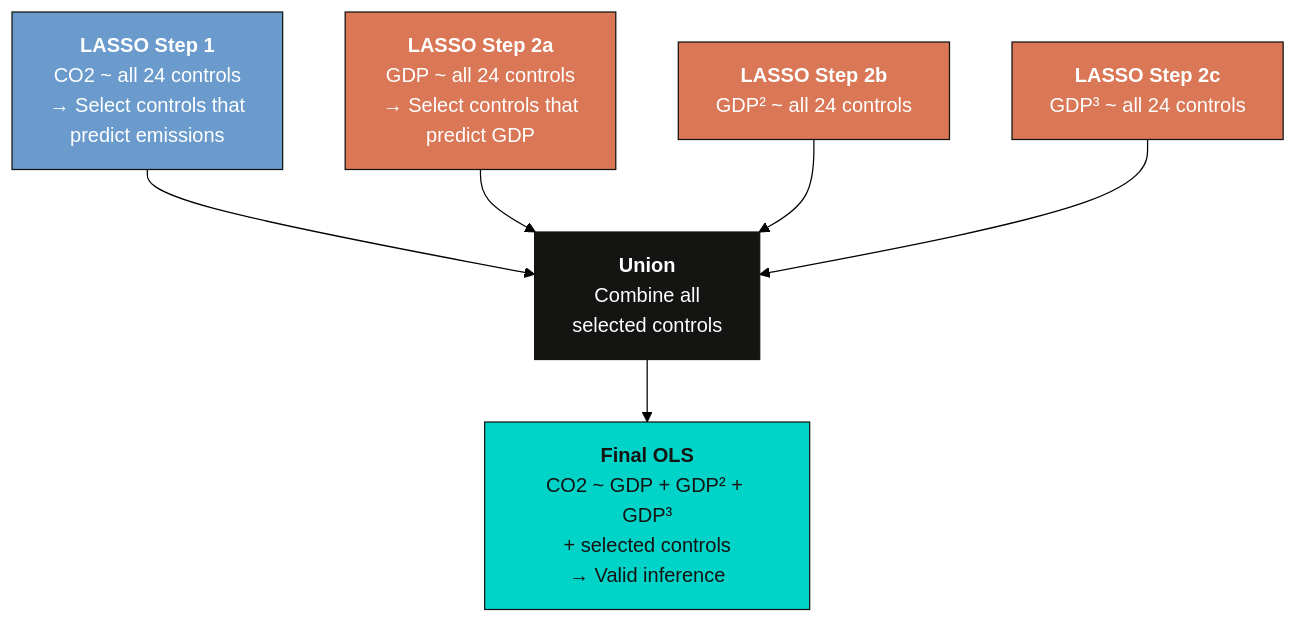
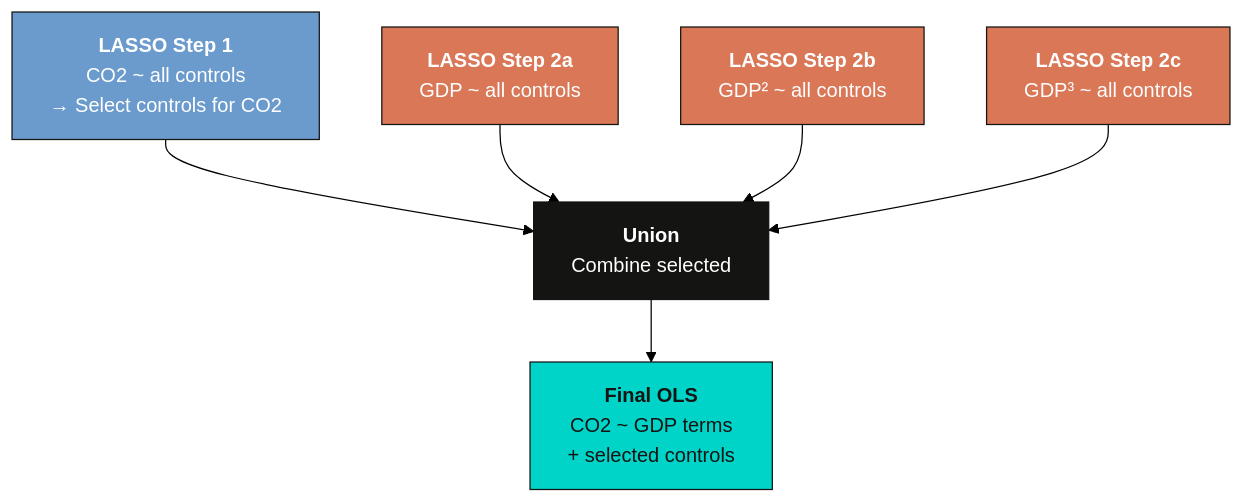
Before and after one commit to cmg777/starter-academic-v501: the fourth of 4 diagrams in content/post/stata_bma_dsl/index.md, drawn with Mermaid (forest theme). The commit also changed other lines of this file and 14 other files, not shown here.

````diff
--- a/content/post/stata_bma_dsl/index.md
+++ b/content/post/stata_bma_dsl/index.md
@@ -498,22 +418,22 @@
 ```mermaid
 graph TD
-    Step1["<b>LASSO Step 1</b><br/>CO2 ~ all 24 controls<br/>→ Select controls that<br/>predict emissions"]
-    Step2a["<b>LASSO Step 2a</b><br/>GDP ~ all 24 controls<br/>→ Select controls that<br/>predict GDP"]
-    Step2b["<b>LASSO Step 2b</b><br/>GDP² ~ all 24 controls"]
-    Step2c["<b>LASSO Step 2c</b><br/>GDP³ ~ all 24 controls"]
-    Union["<b>Union</b><br/>Combine all<br/>selected controls"]
-    OLS["<b>Final OLS</b><br/>CO2 ~ GDP + GDP² + GDP³<br/>+ selected controls<br/>→ Valid inference"]
+    Step1["<b>LASSO Step 1</b><br/>CO2 ~ all controls<br/>→ Select controls for CO2"]
+    Step2a["<b>LASSO Step 2a</b><br/>GDP ~ all controls"]
+    Step2b["<b>LASSO Step 2b</b><br/>GDP² ~ all controls"]
+    Step2c["<b>LASSO Step 2c</b><br/>GDP³ ~ all controls"]
+    Union["<b>Union</b><br/>Combine selected"]
+    OLS["<b>Final OLS</b><br/>CO2 ~ GDP terms<br/>+ selected controls"]
 
     Step1 --> Union
     Step2a --> Union
     Step2b --> Union
     Step2c --> Union
     Union --> OLS
 
     style Step1 fill:#6a9bcc,stroke:#141413,color:#fff
     style Step2a fill:#d97757,stroke:#141413,color:#fff
     style Step2b fill:#d97757,stroke:#141413,color:#fff
     style Step2c fill:#d97757,stroke:#141413,color:#fff
     style Union fill:#141413,stroke:#141413,color:#fff
     style OLS fill:#00d4c8,stroke:#141413,color:#141413
 ```
````
